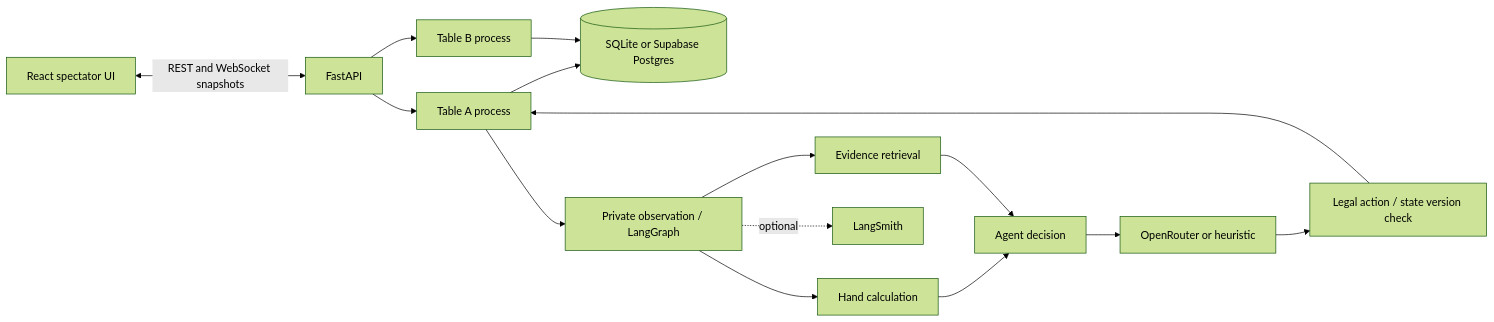
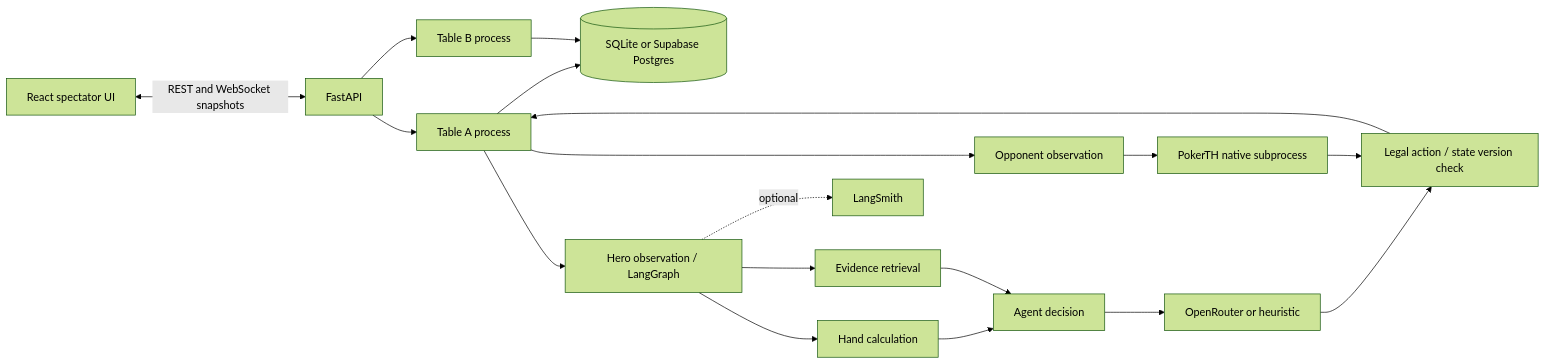
The diagram in docs/architecture.md (RaynerGWH/whats-their-range), drawn with Mermaid (forest theme) before and after one commit. The commit also changed other lines of this file and 5 other files, not shown here.

````diff
--- a/docs/architecture.md
+++ b/docs/architecture.md
@@ -3,17 +3,20 @@
 ```mermaid
 flowchart LR
   UI[React spectator UI] <-->|REST and WebSocket snapshots| API[FastAPI]
   API --> A[Table A process]
   API --> B[Table B process]
   A --> DB[(SQLite or Supabase Postgres)]
   B --> DB
-  A --> G[Private observation / LangGraph]
+  A --> G[Hero observation / LangGraph]
   G --> E[Hand calculation]
   G --> M[Evidence retrieval]
   E --> D[Agent decision]
   M --> D
   D --> OR[OpenRouter or heuristic]
   OR --> V[Legal action / state version check]
+  A --> O[Opponent observation]
+  O --> P[PokerTH native subprocess]
+  P --> V
   V --> A
   G -. optional .-> LS[LangSmith]
 ```
````
